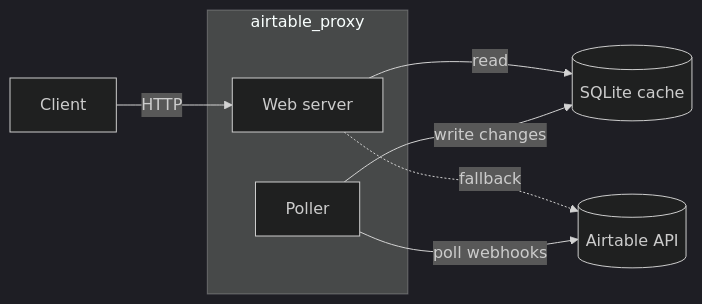
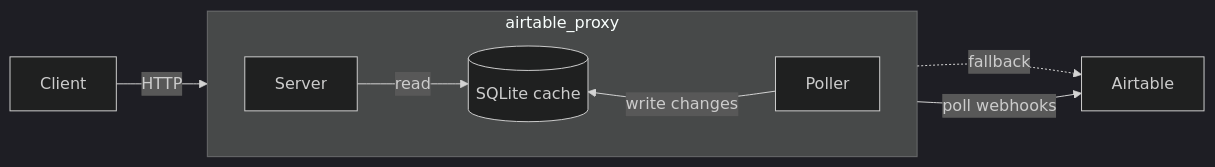
The diagram in README.md (mesozoic/airtable_proxy), drawn with Mermaid (dark theme) before and after one commit. The commit also changed other lines of this file and 1 other file, not shown here.

````diff
--- a/README.md
+++ b/README.md
@@ -9,12 +9,12 @@
 ```mermaid
 flowchart LR
     Client -->|HTTP| Server
     subgraph proxy [airtable_proxy]
-        Server[Web server]
-        Poller
+        direction LR
+        Server -->|read| DB[(SQLite cache)]
+        DB ~~~ Poller
+        Poller -->|write changes| DB
     end
-    Server -->|read| DB[(SQLite cache)]
-    Server -.->|fallback| Airtable[(Airtable API)]
+    Server -.->|fallback| Airtable
     Poller -->|poll webhooks| Airtable
-    Poller -->|write changes| DB
 ```
````
